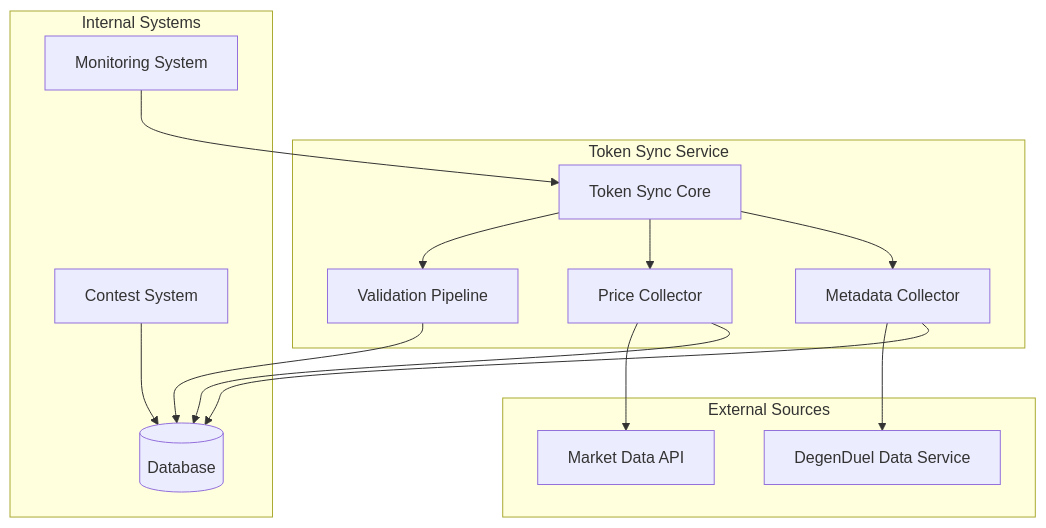
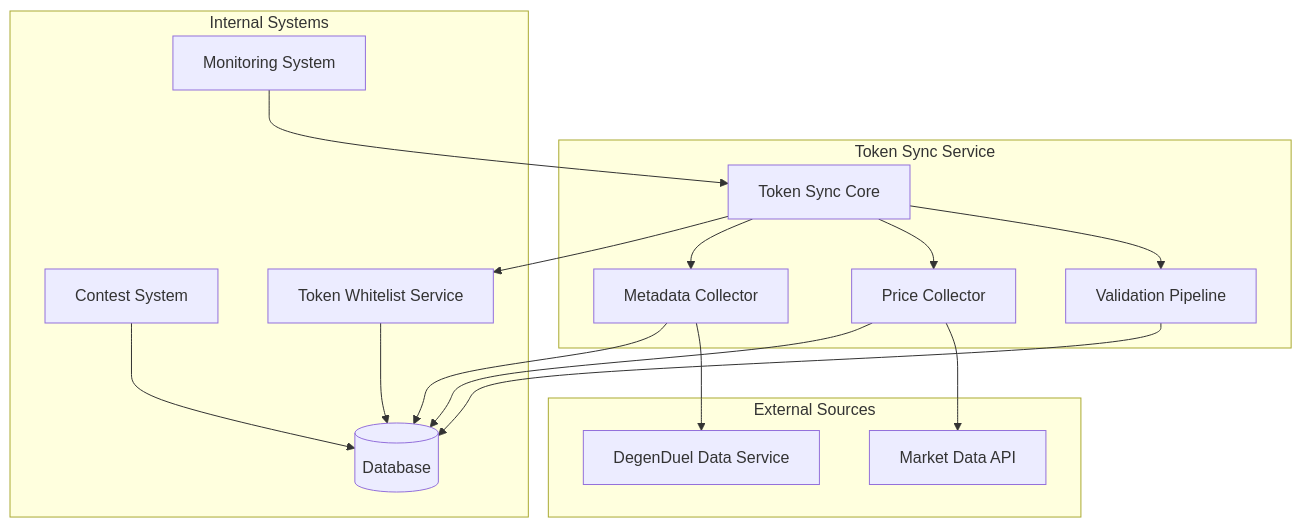
The first of 4 diagrams in docs_important/Core Services/OPERATIONS_MANAGEMENT/TOKEN_SYNC_SYSTEM.md (BranchManager69/degenduel), drawn with Mermaid before and after one commit. The commit also changed other lines of this file and 11 other files, not shown here.

First line of the commit message:
Add Token Whitelist Service for token validation and management

````diff
--- a/docs_important/Core Services/OPERATIONS_MANAGEMENT/TOKEN_SYNC_SYSTEM.md
+++ b/docs_important/Core Services/OPERATIONS_MANAGEMENT/TOKEN_SYNC_SYSTEM.md
@@ -38,34 +38,37 @@
 ```mermaid
 graph TD
     subgraph "Token Sync Service"
         TS[Token Sync Core]
         VP[Validation Pipeline]
         PC[Price Collector]
         MC[Metadata Collector]
     end
     
     subgraph "External Sources"
         MP[Market Data API]
         DD[DegenDuel Data Service]
     end
     
     subgraph "Internal Systems"
         DB[(Database)]
         CS[Contest System]
         MS[Monitoring System]
+        WS[Token Whitelist Service]
     end
     
     TS --> VP
     TS --> PC
     TS --> MC
     
     PC --> MP
     MC --> DD
     
     VP --> DB
     PC --> DB
     MC --> DB
     
     CS --> DB
     MS --> TS
+    WS --> DB
+    TS --> WS
 ```
````
